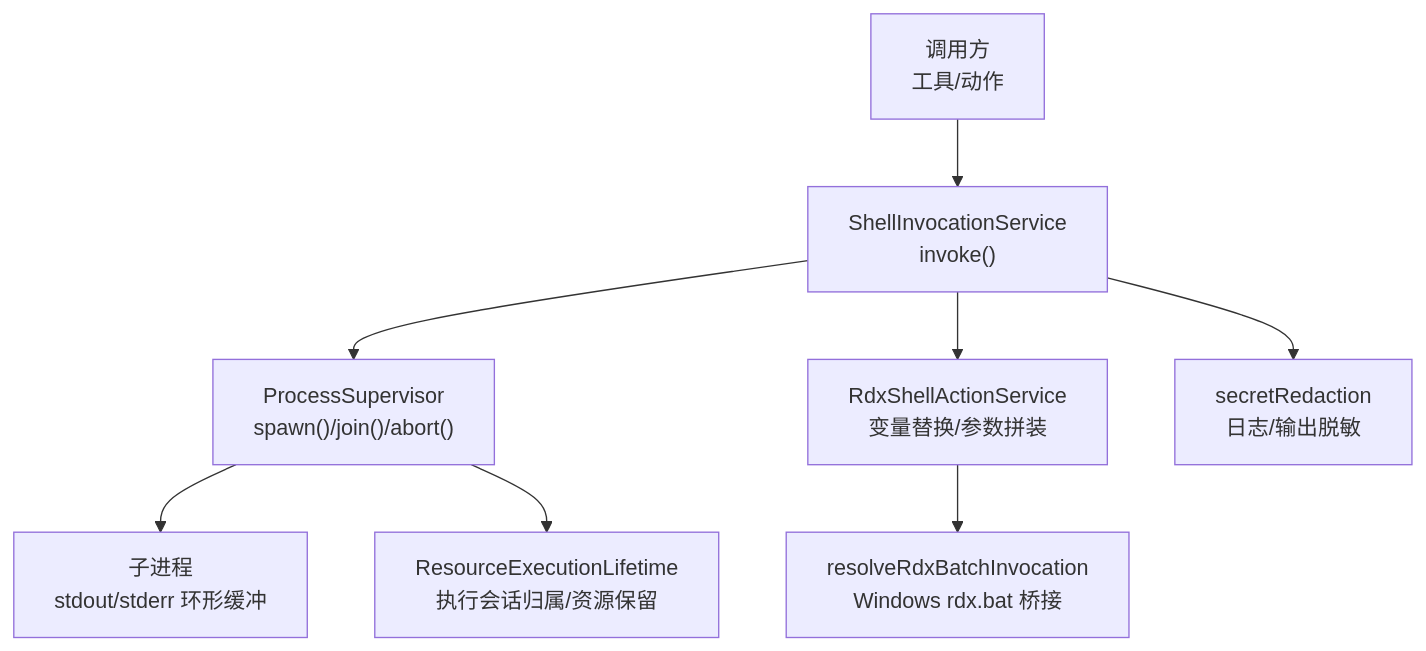
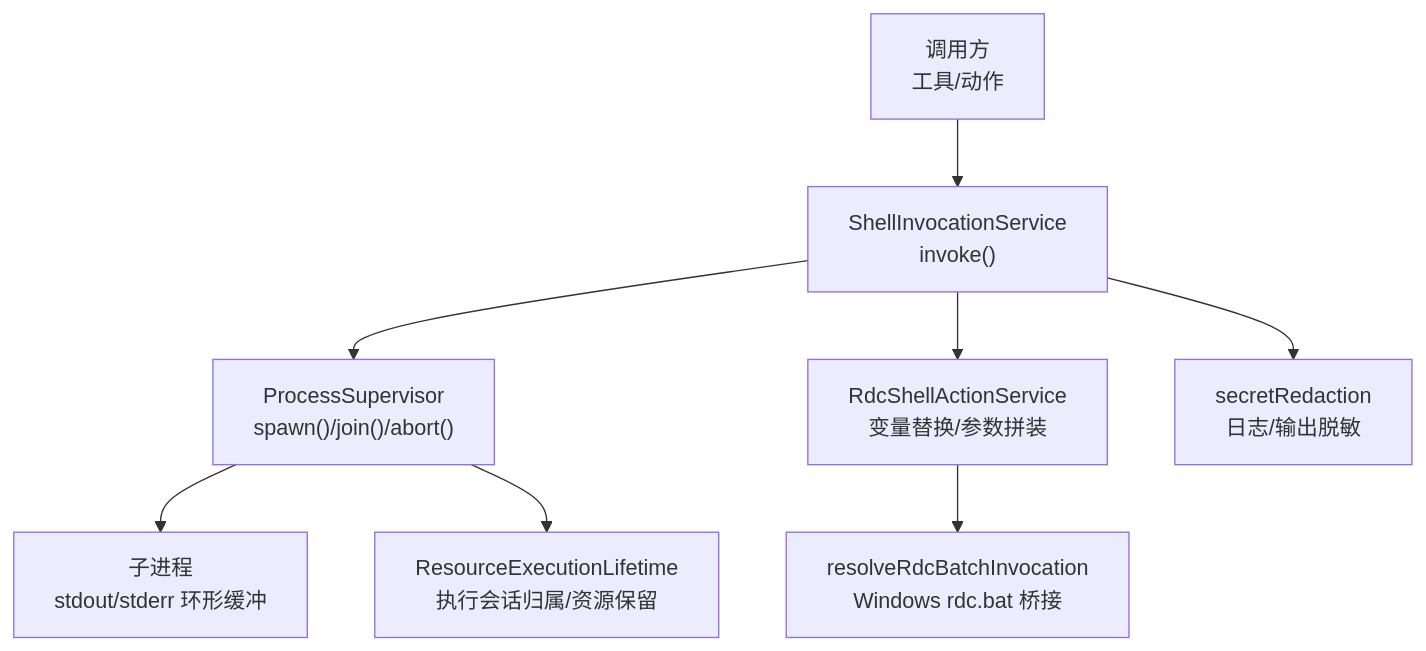
The first of 6 diagrams in .qoder/repowiki/zh/content/核心模块/工具系统/Shell 执行服务.md (haolange/RDC-Agent), drawn with Mermaid before and after one commit. The commit also changed other lines of this file and 557 other files, not shown here.

````diff
--- a/.qoder/repowiki/zh/content/核心模块/工具系统/Shell 执行服务.md
+++ b/.qoder/repowiki/zh/content/核心模块/工具系统/Shell 执行服务.md
@@ -34,10 +34,10 @@
 ```mermaid
 graph TB
 A["调用方<br/>工具/动作"] --> B["ShellInvocationService<br/>invoke()"]
 B --> C["ProcessSupervisor<br/>spawn()/join()/abort()"]
 C --> D["子进程<br/>stdout/stderr 环形缓冲"]
-B --> E["RdxShellActionService<br/>变量替换/参数拼装"]
-E --> F["resolveRdxBatchInvocation<br/>Windows rdx.bat 桥接"]
+B --> E["RdcShellActionService<br/>变量替换/参数拼装"]
+E --> F["resolveRdcBatchInvocation<br/>Windows rdc.bat 桥接"]
 C --> G["ResourceExecutionLifetime<br/>执行会话归属/资源保留"]
 B --> H["secretRedaction<br/>日志/输出脱敏"]
 ```
````
